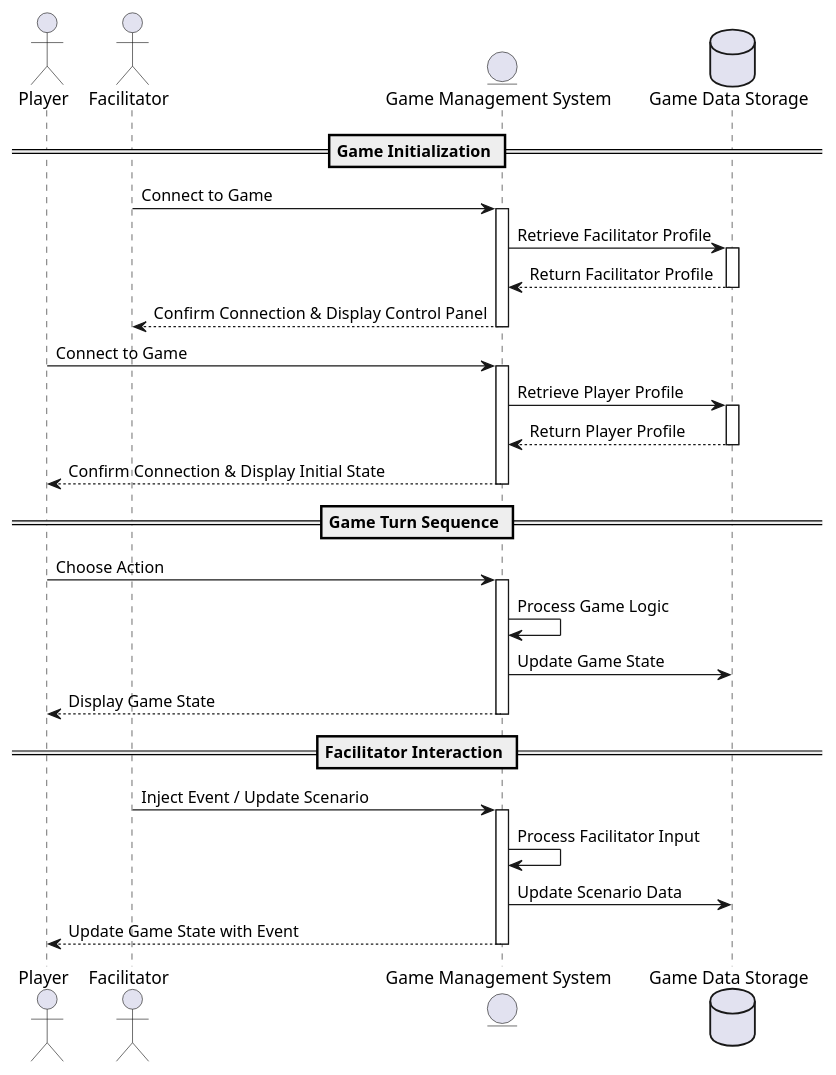
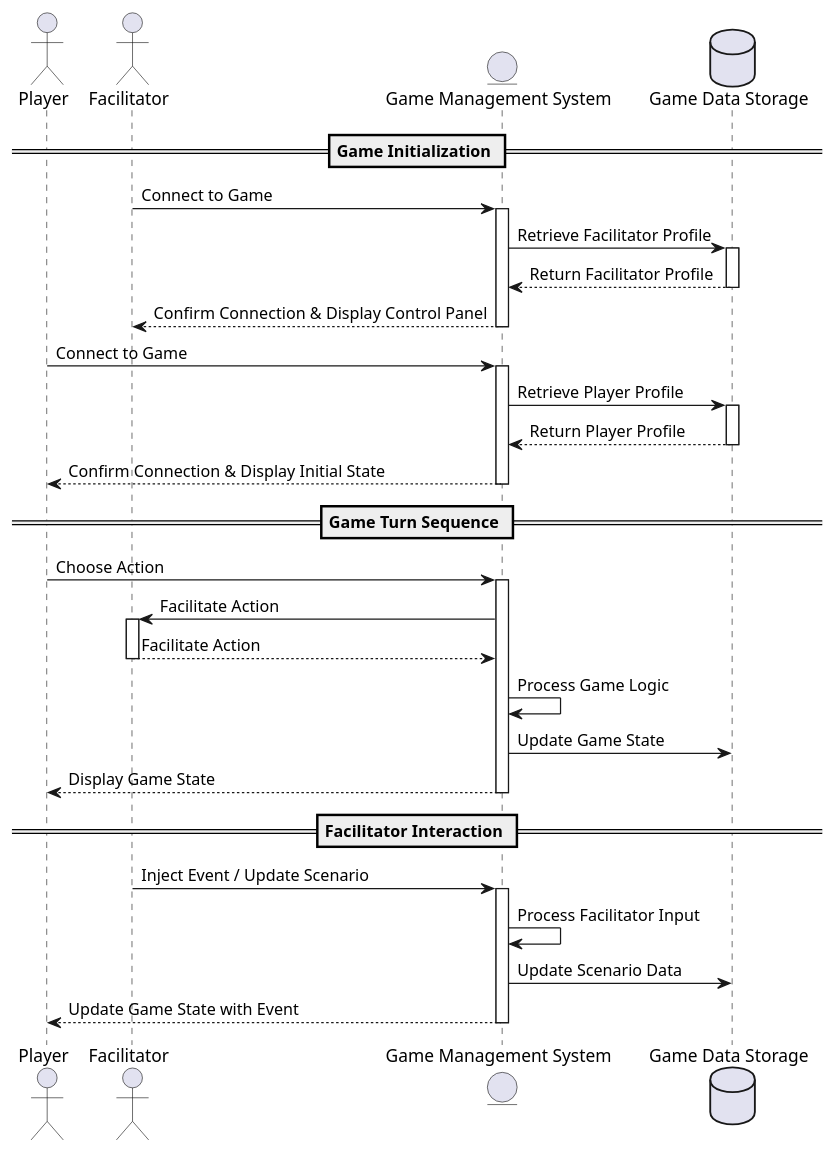
One commit to sabrinaxinli/FP-Final-Project changed the diagram in docs/process.puml. Above: the diagram before and after it, drawn with PlantUML.

Commit message:
Corrected process diagram to add facilitation of player action during game turn

```diff
--- a/docs/process.puml
+++ b/docs/process.puml
@@ -1,46 +1,50 @@
 @startuml process view
 
 actor Player
 actor Facilitator
 entity "Game Management System" as GMS
 database "Game Data Storage" as GDS
 
 == Game Initialization ==
 
 Facilitator -> GMS : Connect to Game
 activate GMS
 GMS -> GDS : Retrieve Facilitator Profile
 activate GDS
 GDS --> GMS : Return Facilitator Profile
 deactivate GDS
 GMS --> Facilitator : Confirm Connection & Display Control Panel
 deactivate GMS
 
 Player -> GMS : Connect to Game
 activate GMS
 GMS -> GDS : Retrieve Player Profile
 activate GDS
 GDS --> GMS : Return Player Profile
 deactivate GDS
 GMS --> Player : Confirm Connection & Display Initial State
 deactivate GMS
 
 == Game Turn Sequence ==
 
 Player -> GMS : Choose Action
 activate GMS
+GMS -> Facilitator : Facilitate Action
+activate Facilitator
+Facilitator --> GMS : Facilitate Action
+deactivate Facilitator
 GMS -> GMS : Process Game Logic
 GMS -> GDS : Update Game State
 GMS --> Player : Display Game State
 deactivate GMS
 
 == Facilitator Interaction ==
 
 Facilitator -> GMS : Inject Event / Update Scenario
 activate GMS
 GMS -> GMS : Process Facilitator Input
 GMS -> GDS : Update Scenario Data
 GMS --> Player : Update Game State with Event
 deactivate GMS
 
 @enduml
```
